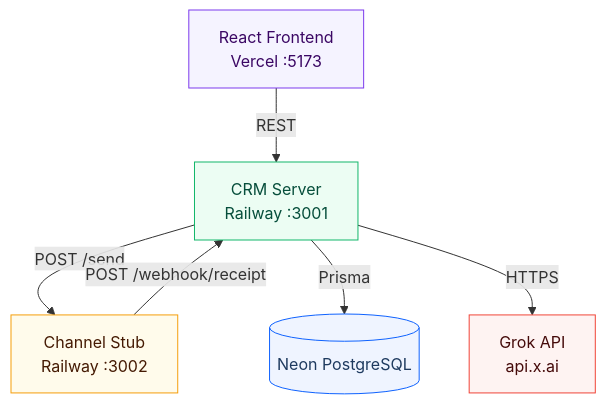
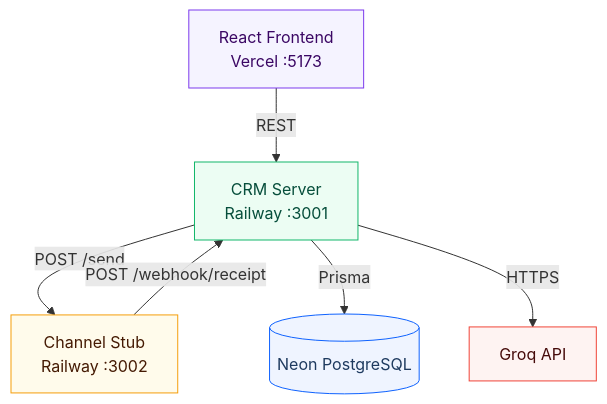
Before and after one commit to URAYUSHJAIN/xeno-crm-backend: the first of 3 diagrams in README.md, drawn with Mermaid. The commit also changed other lines of this file and 2 other files, not shown here.

````diff
--- a/README.md
+++ b/README.md
@@ -36,14 +36,14 @@
 ```mermaid
 graph TD
     F[React Frontend<br/>Vercel :5173] -->|REST| C
     C[CRM Server<br/>Railway :3001] -->|POST /send| S
     S[Channel Stub<br/>Railway :3002] -->|POST /webhook/receipt| C
     C -->|Prisma| D[(Neon PostgreSQL)]
-    C -->|HTTPS| G[Grok API<br/>api.x.ai]
+    C -->|HTTPS| G[Groq API]
 
     style F fill:#f5f3ff,stroke:#7c3aed,color:#3b0764
     style C fill:#ecfdf3,stroke:#12b76a,color:#064e3b
     style S fill:#fffbeb,stroke:#f59e0b,color:#451a03
     style D fill:#eff4ff,stroke:#0f62fe,color:#1e3a5f
     style G fill:#fef3f2,stroke:#f04438,color:#450a0a
 ```
````
